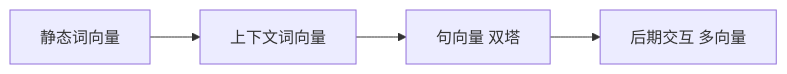
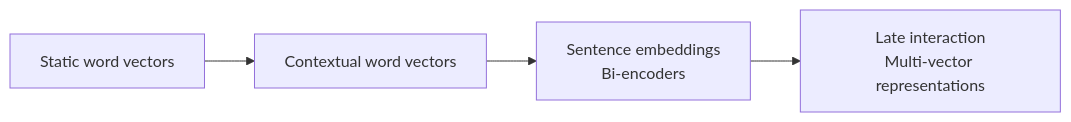
The first of 3 diagrams in docs/rag/02-ingestion-indexing/06-embedding-principles.md (oneleaveknowsthefall/awesome-ai-roadmap), drawn with Mermaid before and after one commit. The commit also changed other lines of this file and 60 other files, not shown here.

````diff
--- a/docs/rag/02-ingestion-indexing/06-embedding-principles.md
+++ b/docs/rag/02-ingestion-indexing/06-embedding-principles.md
@@ -30,6 +30,6 @@
 ```mermaid
 flowchart LR
-    G1[静态词向量] --> G2[上下文词向量]
-    G2 --> G3[句向量 双塔]
-    G3 --> G4[后期交互 多向量]
+    G1[Static word vectors] --> G2[Contextual word vectors]
+    G2 --> G3[Sentence embeddings<br/>Bi-encoders]
+    G3 --> G4[Late interaction<br/>Multi-vector representations]
 ```
````
